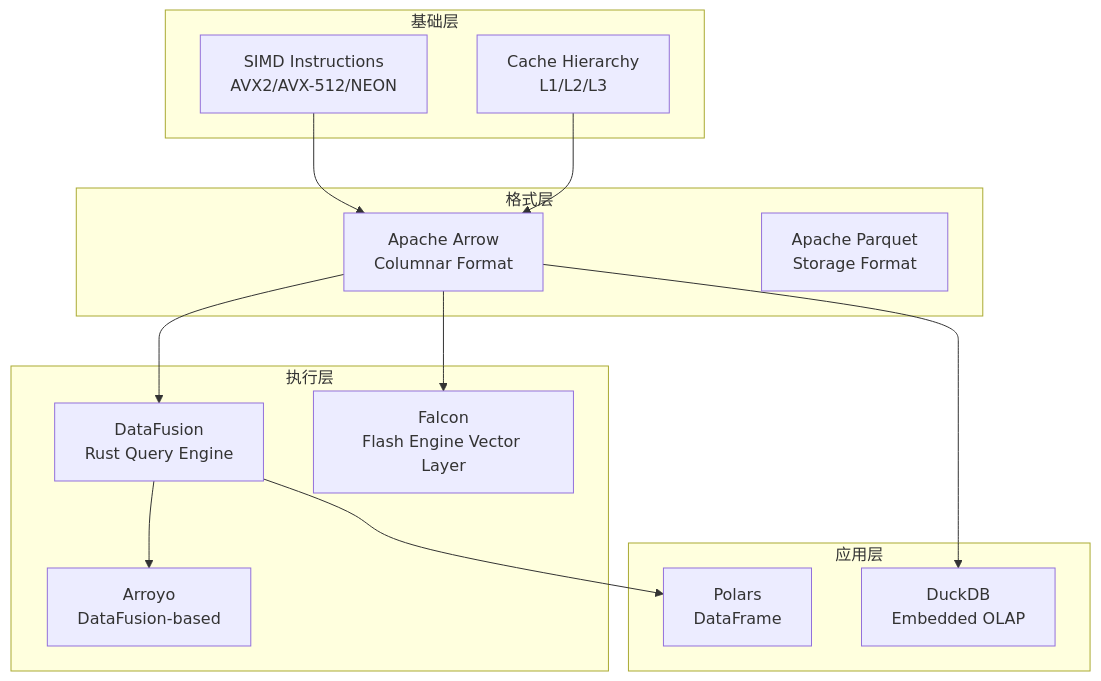
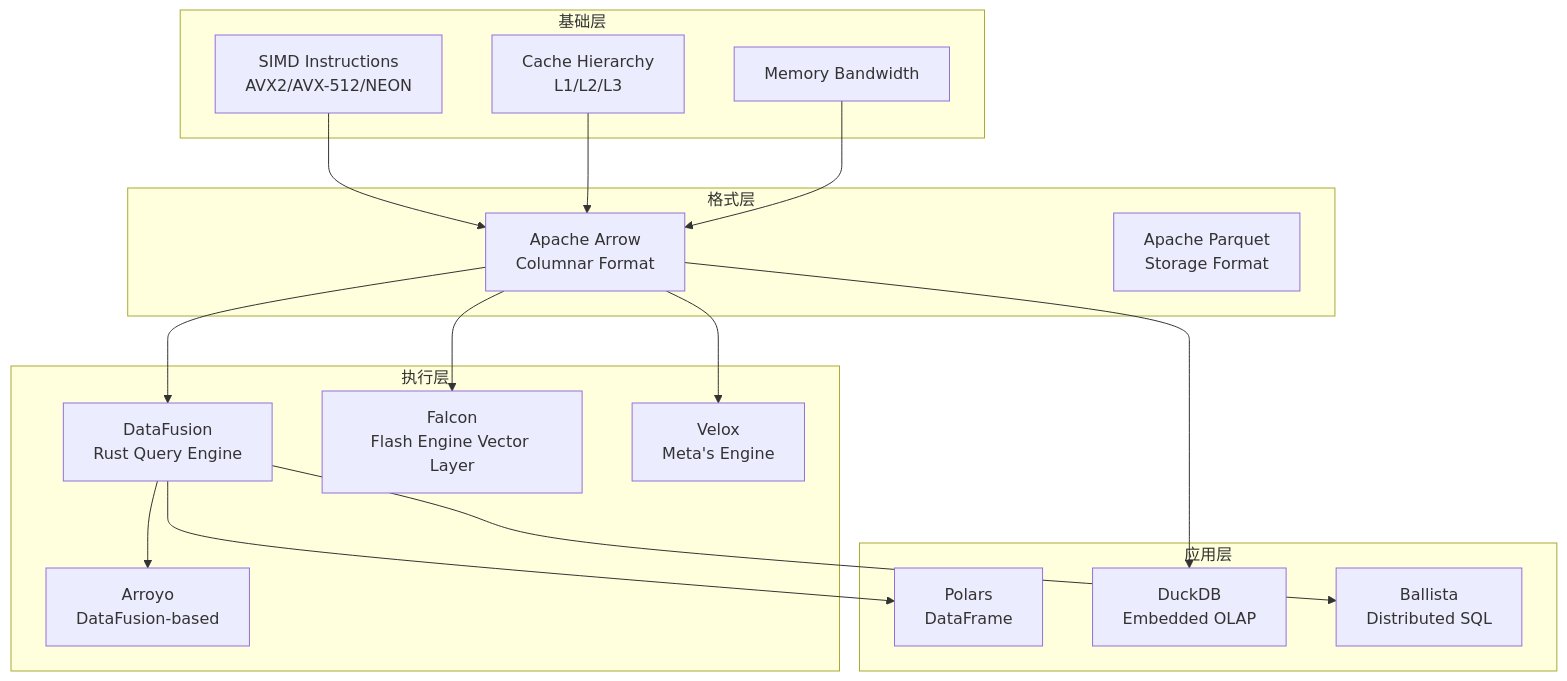
Before and after one commit to AdaMartin18010/AnalysisDataFlow: the first of 6 diagrams in Knowledge/Flink-Scala-Rust-Comprehensive/04-rust-engines/04.05-vectorization-simd.md, drawn with Mermaid. The commit also changed other lines of this file and 20 other files, not shown here.

````diff
--- a/Knowledge/Flink-Scala-Rust-Comprehensive/04-rust-engines/04.05-vectorization-simd.md
+++ b/Knowledge/Flink-Scala-Rust-Comprehensive/04-rust-engines/04.05-vectorization-simd.md
@@ -152,31 +246,37 @@
 ```mermaid
 graph TB
     subgraph "基础层"
         SIMD[SIMD Instructions<br/>AVX2/AVX-512/NEON]
         CACHE[Cache Hierarchy<br/>L1/L2/L3]
+        MEM[Memory Bandwidth]
     end
 
     subgraph "格式层"
         ARROW[Apache Arrow<br/>Columnar Format]
         PARQUET[Apache Parquet<br/>Storage Format]
     end
 
     subgraph "执行层"
         DF[DataFusion<br/>Rust Query Engine]
         FALCON[Falcon<br/>Flash Engine Vector Layer]
         ARROYO[Arroyo<br/>DataFusion-based]
+        VELUX[Velox<br/>Meta's Engine]
     end
 
     subgraph "应用层"
         POLARS[Polars<br/>DataFrame]
         DUCKDB[DuckDB<br/>Embedded OLAP]
+        BALLISTA[Ballista<br/>Distributed SQL]
     end
 
     SIMD --> ARROW
     CACHE --> ARROW
+    MEM --> ARROW
     ARROW --> DF
     ARROW --> FALCON
     DF --> ARROYO
     DF --> POLARS
+    DF --> BALLISTA
     ARROW --> DUCKDB
+    ARROW --> VELUX
 ```
````
